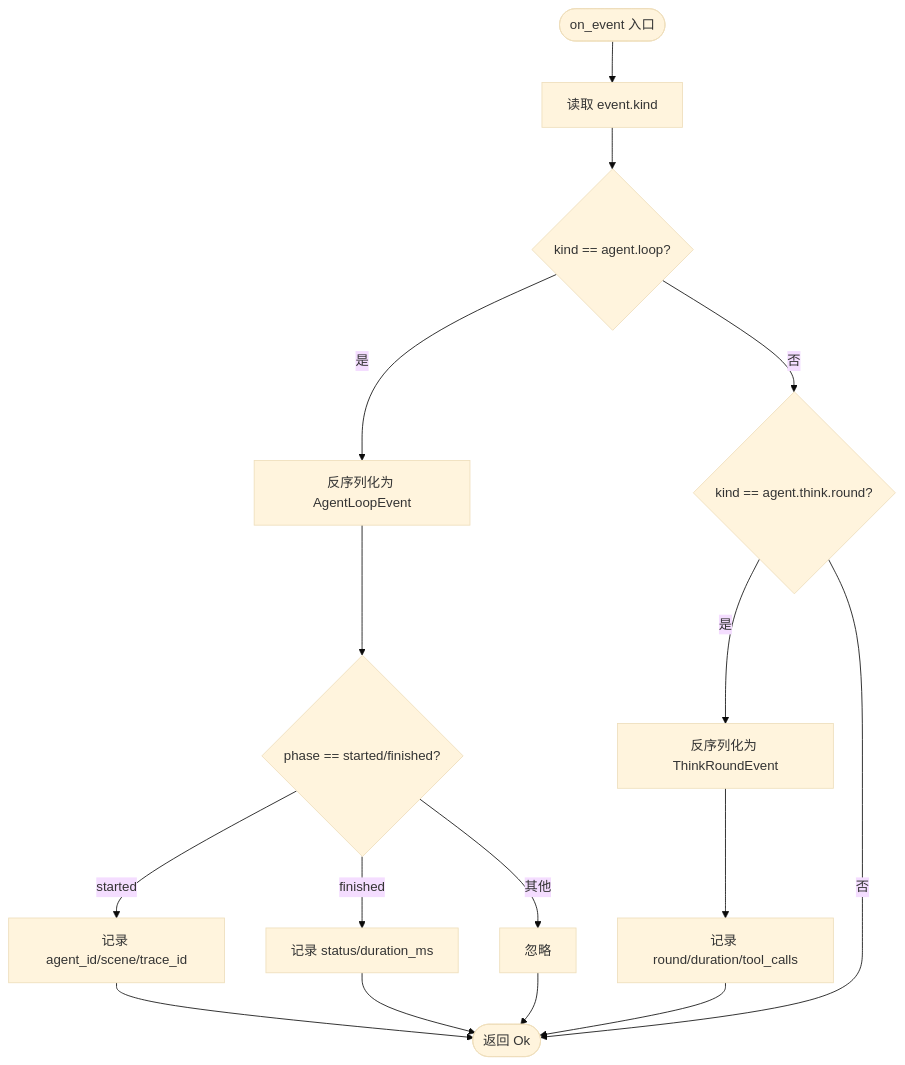
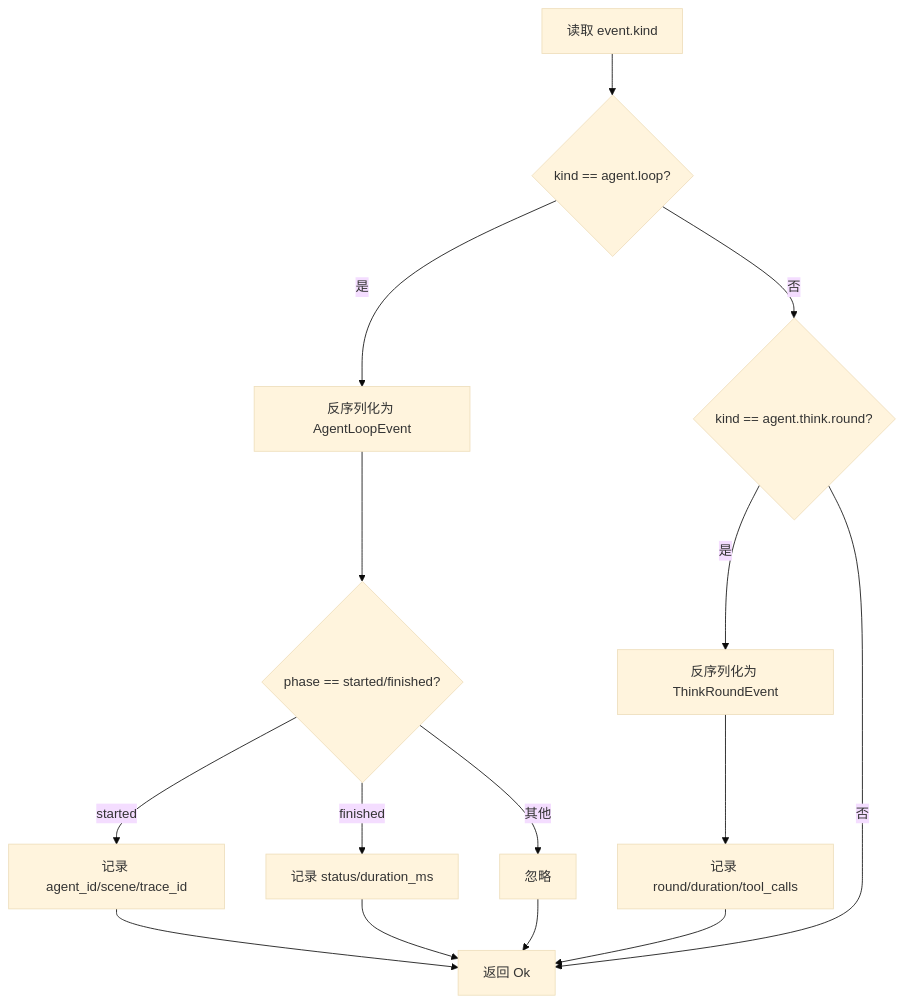
Before and after one commit to runningcoders/ai_orz: the third of 6 diagrams in docs/wiki/zh/content/基础设施/AOP 事件系统/事件消费者/Agent 循环消费者.md, drawn with Mermaid (base theme). The commit also changed other lines of this file and 37 other files, not shown here.

````diff
--- a/docs/wiki/zh/content/基础设施/AOP 事件系统/事件消费者/Agent 循环消费者.md
+++ b/docs/wiki/zh/content/基础设施/AOP 事件系统/事件消费者/Agent 循环消费者.md
@@ -126,18 +132,17 @@
 ```mermaid
-flowchart TD
-Start(["on_event 入口"]) --> ReadKind["读取 event.kind"]
-ReadKind --> Loop{"kind == agent.loop?"}
+graph TB
+ReadKind["读取 event.kind"] --> Loop{"kind == agent.loop?"}
 Loop --> |是| ParseLoop["反序列化为 AgentLoopEvent"]
 ParseLoop --> Phase{"phase == started/finished?"}
 Phase --> |started| LogStarted["记录 agent_id/scene/trace_id"]
 Phase --> |finished| LogFinished["记录 status/duration_ms"]
 Phase --> |其他| Skip1["忽略"]
 Loop --> |否| Think{"kind == agent.think.round?"}
 Think --> |是| ParseThink["反序列化为 ThinkRoundEvent"]
 ParseThink --> LogThink["记录 round/duration/tool_calls"]
-Think --> |否| End(["返回 Ok"])
+Think --> |否| End["返回 Ok"]
 LogStarted --> End
 LogFinished --> End
 LogThink --> End
 Skip1 --> End
 ```
````
